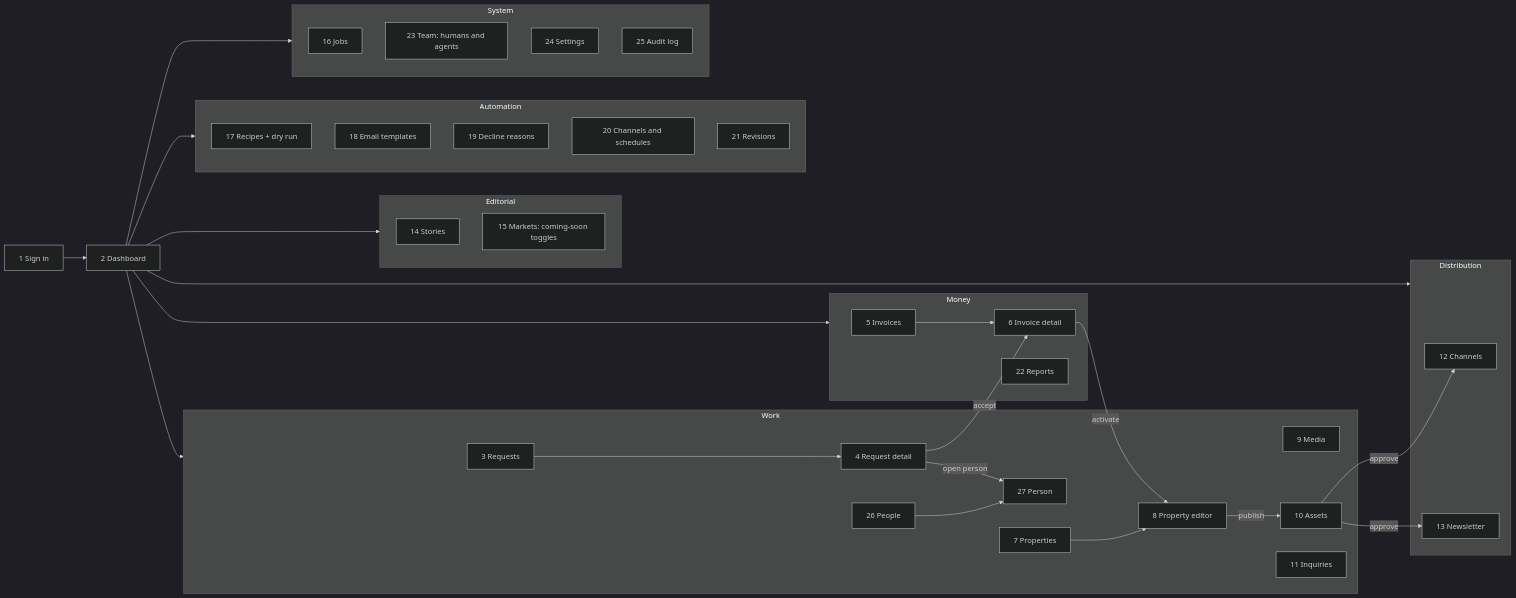
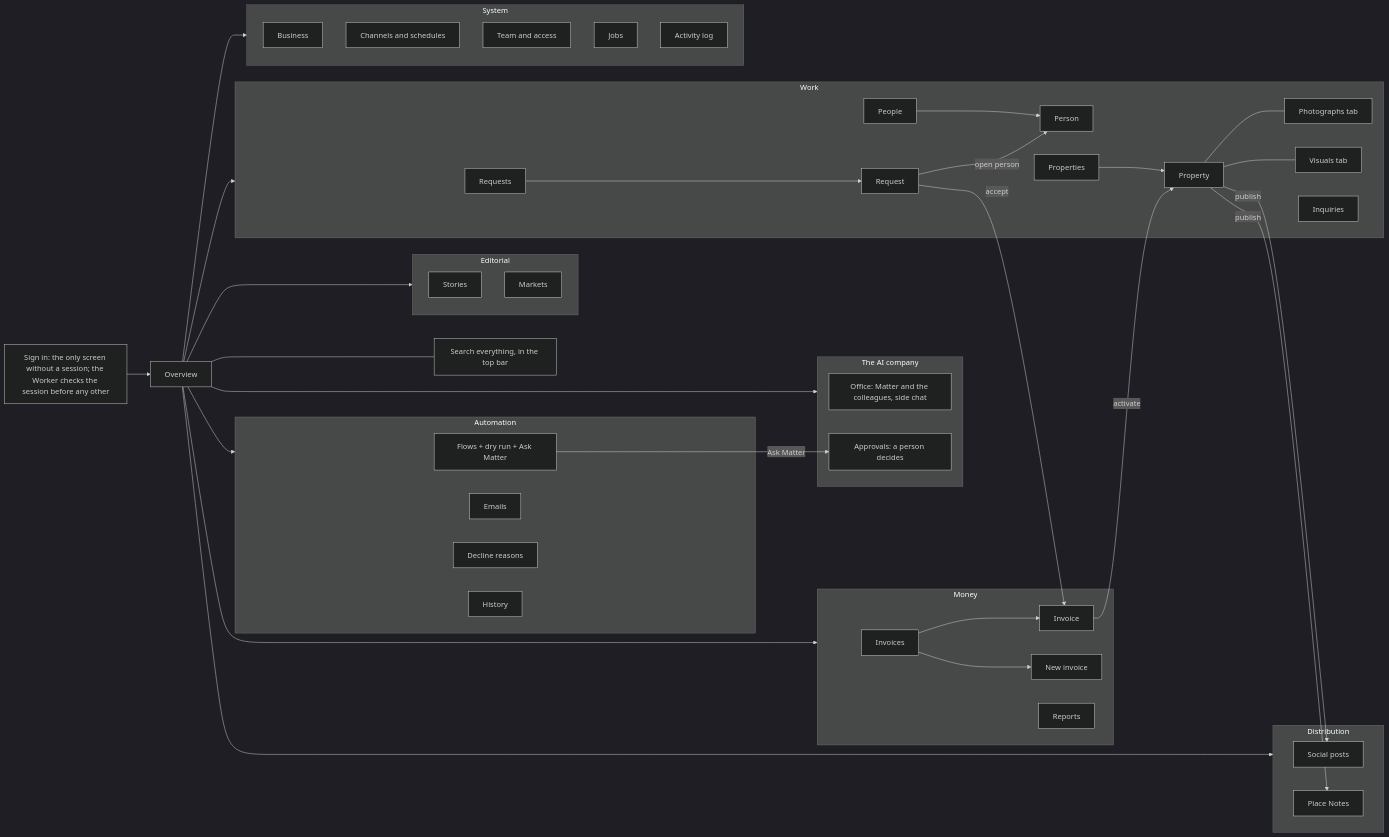
One commit to AbdulrahmanAmer/matter-of-place changed the first of 3 diagrams in workspace/03-diagrams/admin-screens.md. Above: the diagram before and after it, drawn with Mermaid (dark theme). The commit also changed other lines of this file and 24 other files, not shown here.

First line of the commit message:
diagrams: where we stand by the operator's definition, the AI company and its power rules (H100, H101), the system map with everything built, 30 admin screens; pictures re-rendered

````diff
--- a/workspace/03-diagrams/admin-screens.md
+++ b/workspace/03-diagrams/admin-screens.md
@@ -9,43 +9,48 @@
 ```mermaid
 flowchart LR
-  SI[1 Sign in] --> DB[2 Dashboard]
+  SI[Sign in: the only screen without a session; the Worker checks the session before any other] --> OV[Overview]
+  OV --- SR[Search everything, in the top bar]
+  subgraph TEAM[The AI company]
+    OF[Office: Matter and the colleagues, side chat]
+    AP[Approvals: a person decides]
+  end
   subgraph WORK[Work]
-    RQ[3 Requests] --> RD[4 Request detail]
-    PP[26 People] --> PD[27 Person]
-    PR[7 Properties] --> PE[8 Property editor]
-    ME[9 Media]
-    AS[10 Assets]
-    IN[11 Inquiries]
+    RQ[Requests] --> RD[Request]
+    PP[People] --> PD[Person]
+    PR[Properties] --> PE[Property]
+    PE --- PH[Photographs tab] & VI[Visuals tab]
+    IN[Inquiries]
   end
   subgraph DIST[Distribution]
-    CH[12 Channels]
-    NL[13 Newsletter]
+    SP[Social posts]
+    NL[Place Notes]
   end
   subgraph MONEY[Money]
-    IV[5 Invoices] --> ID[6 Invoice detail]
-    RP[22 Reports]
+    IV[Invoices] --> ID[Invoice]
+    IV --> NI[New invoice]
+    RP[Reports]
   end
   subgraph EDIT[Editorial]
-    ST[14 Stories]
-    MK[15 Markets: coming-soon toggles]
+    ST[Stories]
+    MK[Markets]
   end
   subgraph AUTO[Automation]
-    RC[17 Recipes + dry run]
-    ET[18 Email templates]
-    DR[19 Decline reasons]
-    CS[20 Channels and schedules]
-    RV[21 Revisions]
+    FL[Flows + dry run + Ask Matter]
+    EM[Emails]
+    DR[Decline reasons]
+    HI[History]
   end
   subgraph SYS[System]
-    JB[16 Jobs]
-    TM[23 Team: humans and agents]
-    SE[24 Settings]
-    AU[25 Audit log]
+    BU[Business]
+    CS[Channels and schedules]
+    TM[Team and access]
+    JB[Jobs]
+    AL[Activity log]
   end
-  DB --> WORK & DIST & MONEY & EDIT & AUTO & SYS
+  OV --> TEAM & WORK & DIST & MONEY & EDIT & AUTO & SYS
   RD -->|accept| ID
   RD -->|open person| PD
   ID -->|activate| PE
-  PE -->|publish| AS
-  AS -->|approve| CH & NL
+  PE -->|publish| SP & NL
+  FL -->|Ask Matter| AP
 ```
````
